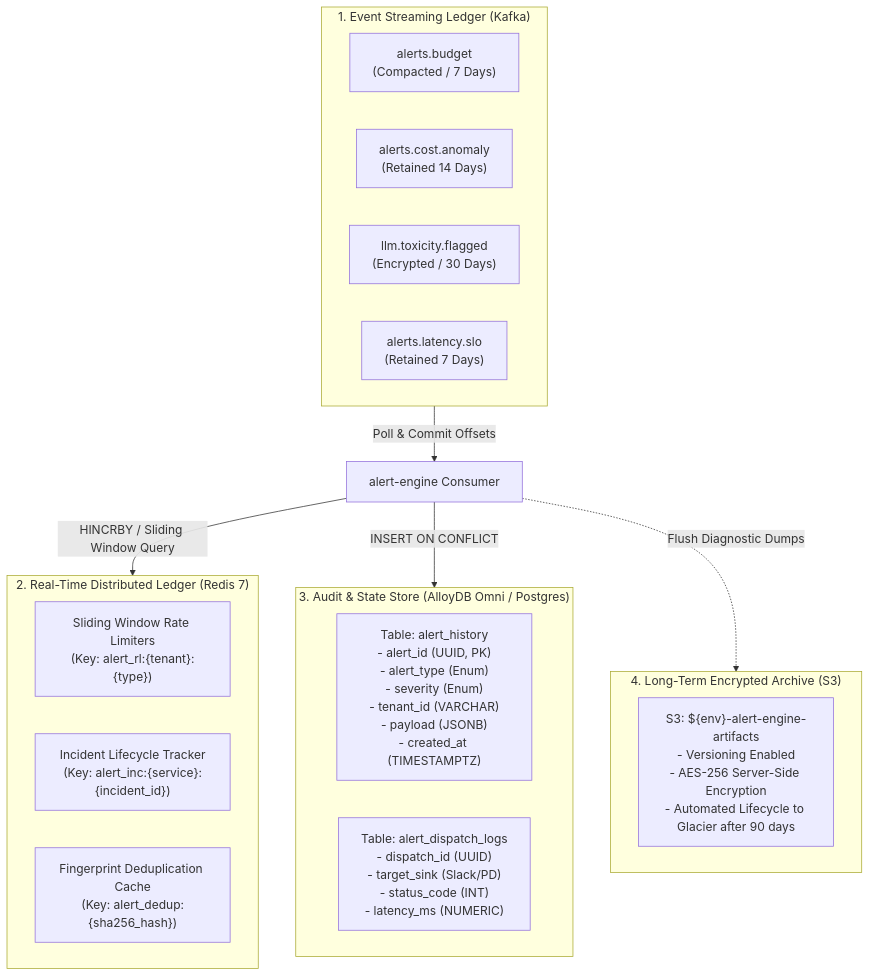
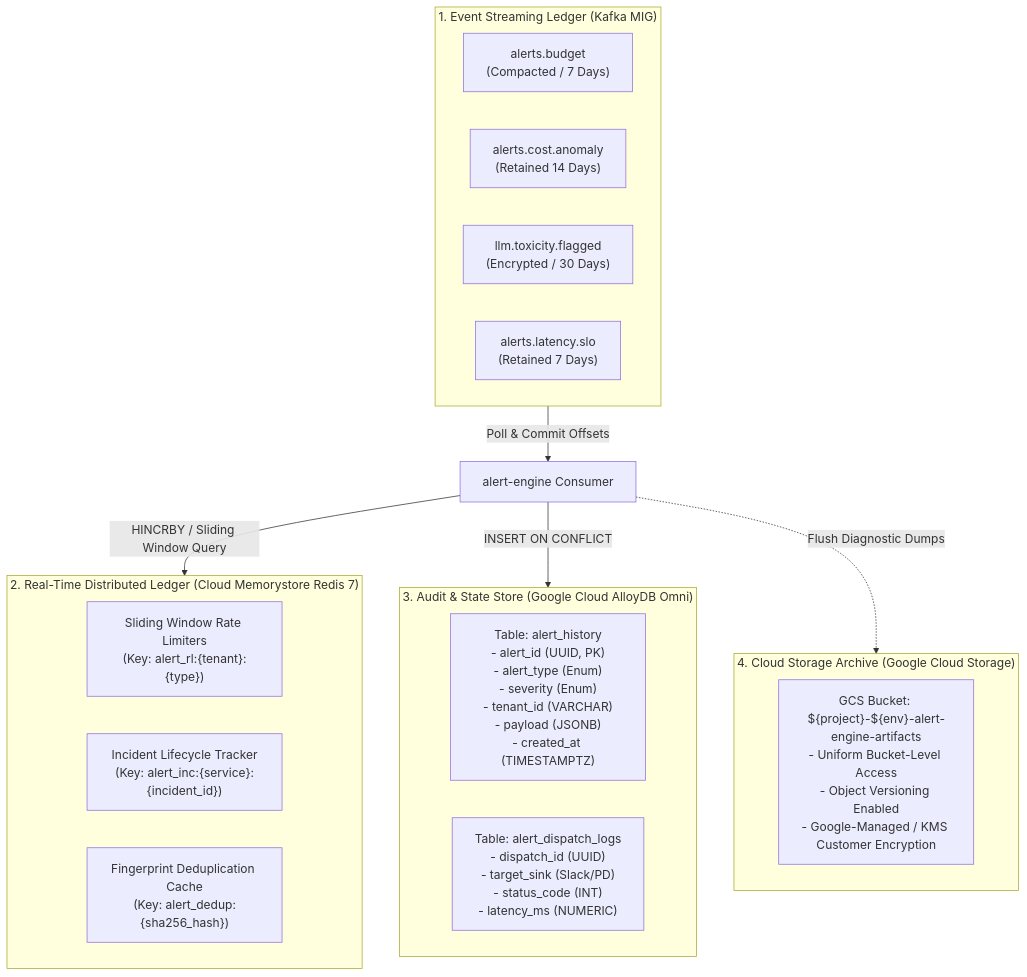
Before and after one commit to Scaibu/llm-obs-alert-engine: the fourth of 4 diagrams in adr/0001-cloud-native-deployment-and-resilient-infrastructure.md, drawn with Mermaid. The commit also changed other lines of this file and 24 other files, not shown here.

Commit message:
feat(infra): migrate terraform and architecture documentation to Google Cloud Platform (GCP)

````diff
--- a/adr/0001-cloud-native-deployment-and-resilient-infrastructure.md
+++ b/adr/0001-cloud-native-deployment-and-resilient-infrastructure.md
@@ -227,29 +213,29 @@
 ```mermaid
 flowchart TD
-    subgraph IngestionStream["1. Event Streaming Ledger (Kafka)"]
+    subgraph StreamingPlane["1. Event Streaming Ledger (Kafka MIG)"]
         TopicBudget["alerts.budget\n(Compacted / 7 Days)"]
         TopicCost["alerts.cost.anomaly\n(Retained 14 Days)"]
         TopicTox["llm.toxicity.flagged\n(Encrypted / 30 Days)"]
         TopicSlo["alerts.latency.slo\n(Retained 7 Days)"]
     end
 
-    subgraph MemoryTier["2. Real-Time Distributed Ledger (Redis 7)"]
+    subgraph MemoryTier["2. Real-Time Distributed Ledger (Cloud Memorystore Redis 7)"]
         RateLimits["Sliding Window Rate Limiters\n(Key: alert_rl:{tenant}:{type})"]
         IncidentState["Incident Lifecycle Tracker\n(Key: alert_inc:{service}:{incident_id})"]
         DedupIndex["Fingerprint Deduplication Cache\n(Key: alert_dedup:{sha256_hash})"]
     end
 
-    subgraph RelationalStore["3. Audit & State Store (AlloyDB Omni / Postgres)"]
+    subgraph RelationalStore["3. Audit & State Store (Google Cloud AlloyDB Omni)"]
         TableAlerts["Table: alert_history\n- alert_id (UUID, PK)\n- alert_type (Enum)\n- severity (Enum)\n- tenant_id (VARCHAR)\n- payload (JSONB)\n- created_at (TIMESTAMPTZ)"]
         TableAudits["Table: alert_dispatch_logs\n- dispatch_id (UUID)\n- target_sink (Slack/PD)\n- status_code (INT)\n- latency_ms (NUMERIC)"]
     end
 
-    subgraph ObjectStore["4. Long-Term Encrypted Archive (S3)"]
-        ArtifactBucket["S3: ${env}-alert-engine-artifacts\n- Versioning Enabled\n- AES-256 Server-Side Encryption\n- Automated Lifecycle to Glacier after 90 days"]
+    subgraph ObjectStore["4. Cloud Storage Archive (Google Cloud Storage)"]
+        ArtifactBucket["GCS Bucket: ${project}-${env}-alert-engine-artifacts\n- Uniform Bucket-Level Access\n- Object Versioning Enabled\n- Google-Managed / KMS Customer Encryption"]
     end
 
-    IngestionStream -->|"Poll & Commit Offsets"| Worker["alert-engine Consumer"]
+    StreamingPlane -->|"Poll & Commit Offsets"| Worker["alert-engine Consumer"]
     Worker -->|"HINCRBY / Sliding Window Query"| MemoryTier
     Worker -->|"INSERT ON CONFLICT"| RelationalStore
     Worker -.->|"Flush Diagnostic Dumps"| ObjectStore
 ```
````
